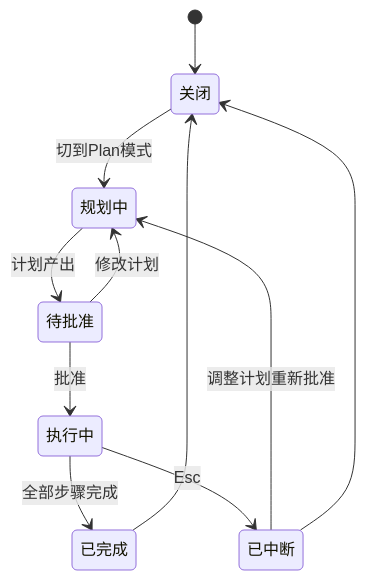
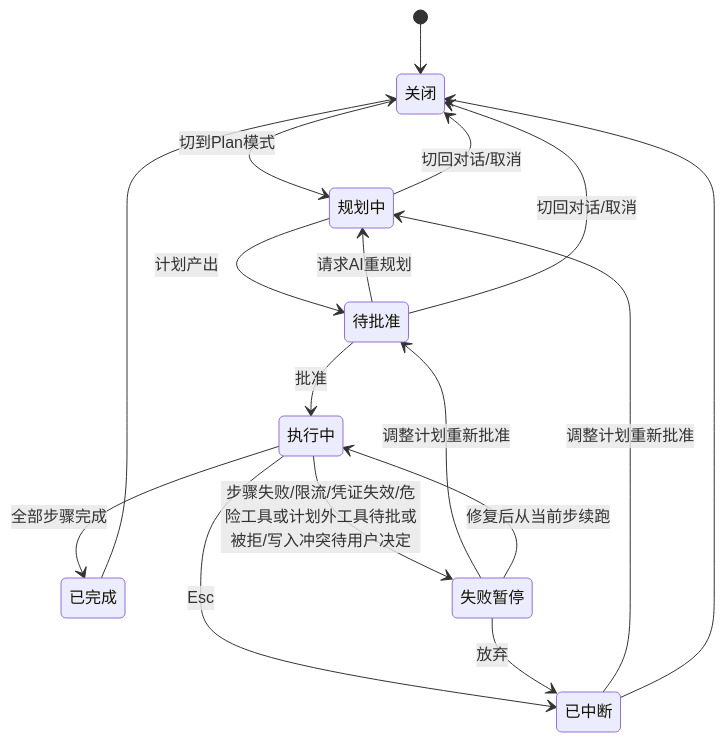
One commit to js110/pi-vscode changed the seventh of 9 diagrams in prd/PRD.md. Above: the diagram before and after it, drawn with Mermaid. The commit also changed other lines of this file and 3 other files, not shown here.

````diff
--- a/prd/PRD.md
+++ b/prd/PRD.md
@@ -192,13 +419,19 @@
 ```mermaid
 stateDiagram-v2
     [*] --> 关闭
     关闭 --> 规划中: 切到Plan模式
     规划中 --> 待批准: 计划产出
-    待批准 --> 规划中: 修改计划
+    待批准 --> 规划中: 请求AI重规划
     待批准 --> 执行中: 批准
     执行中 --> 已完成: 全部步骤完成
     执行中 --> 已中断: Esc
+    执行中 --> 失败暂停: 步骤失败/限流/凭证失效/危险工具或计划外工具待批或被拒/写入冲突待用户决定
+    失败暂停 --> 待批准: 调整计划重新批准
+    失败暂停 --> 执行中: 修复后从当前步续跑
+    失败暂停 --> 已中断: 放弃
+    规划中 --> 关闭: 切回对话/取消
+    待批准 --> 关闭: 切回对话/取消
     已中断 --> 规划中: 调整计划重新批准
     已完成 --> 关闭
     已中断 --> 关闭
 ```
````
